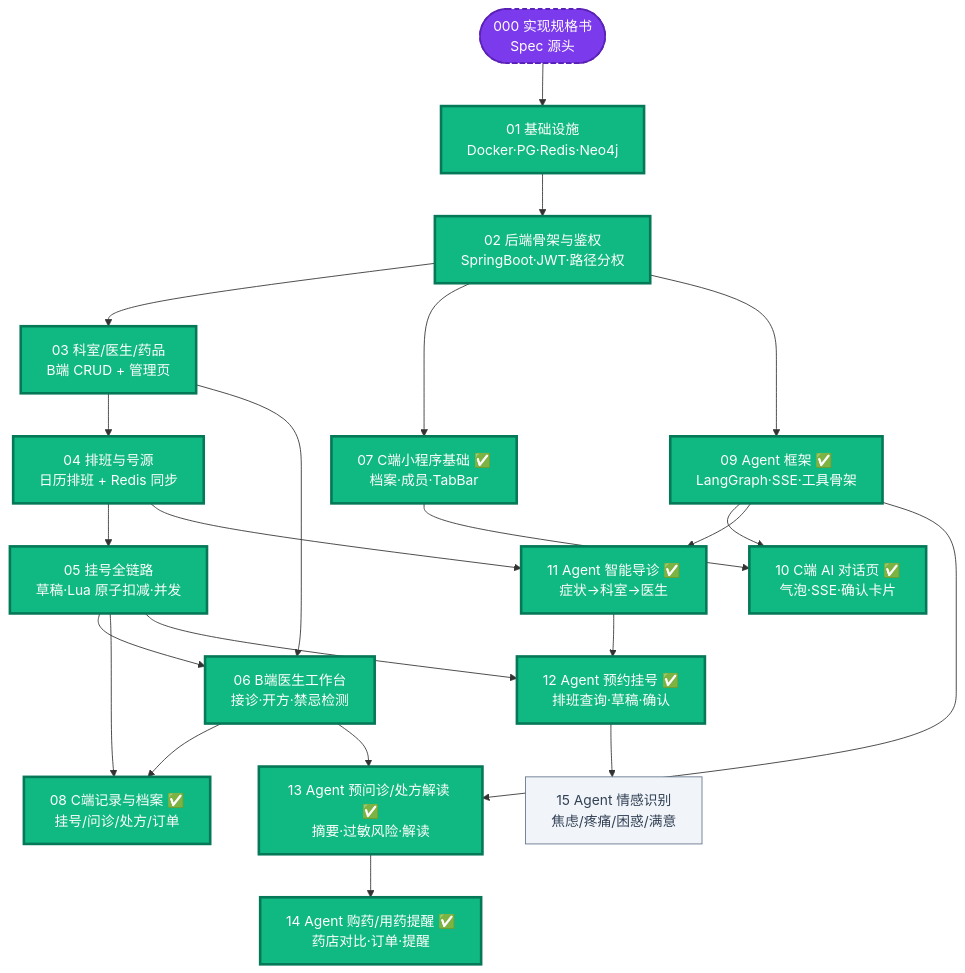
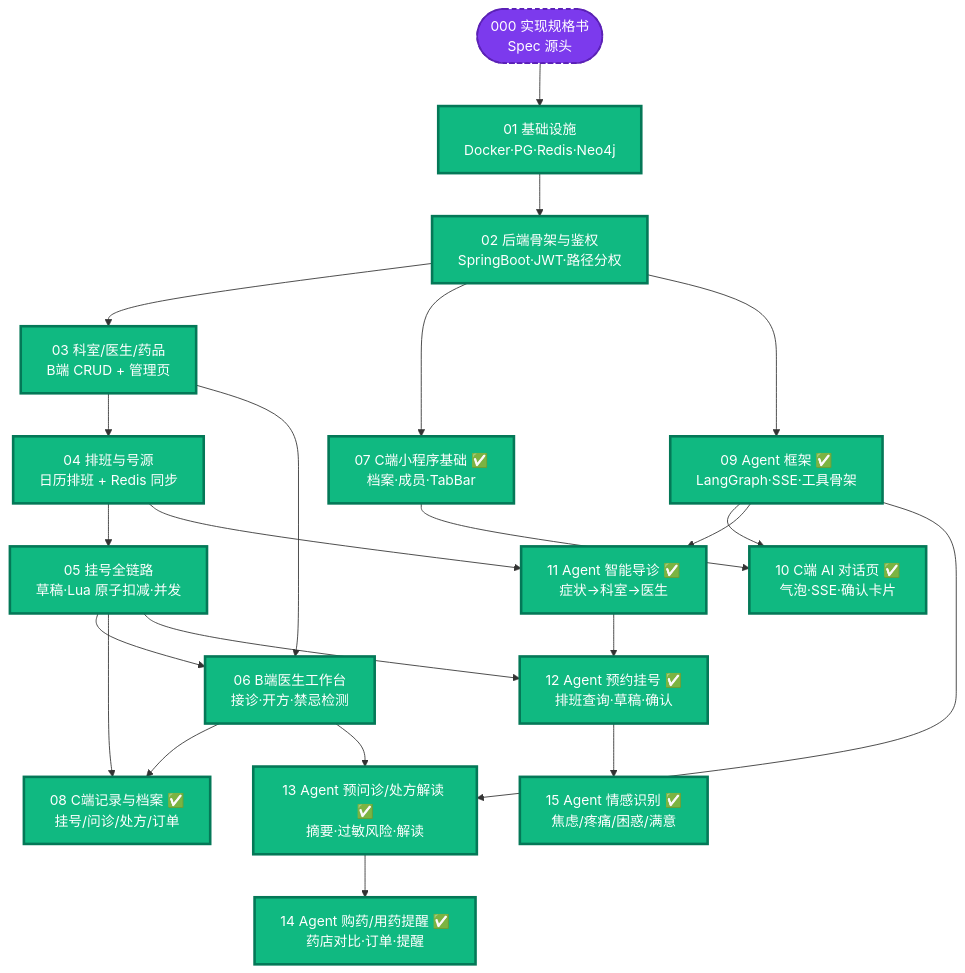
One commit to qingchen108/zhiyv changed the first of 2 diagrams in docs/ticket-dependencies.md. Above: the diagram before and after it, drawn with Mermaid. The commit also changed other lines of this file and 8 other files, not shown here.

````diff
--- a/docs/ticket-dependencies.md
+++ b/docs/ticket-dependencies.md
@@ -17,50 +17,49 @@
 ```mermaid
 graph TD
     S(["000 实现规格书<br/>Spec 源头"])
     T01["01 基础设施<br/>Docker·PG·Redis·Neo4j"]
     T02["02 后端骨架与鉴权<br/>SpringBoot·JWT·路径分权"]
     T03["03 科室/医生/药品<br/>B端 CRUD + 管理页"]
     T04["04 排班与号源<br/>日历排班 + Redis 同步"]
     T05["05 挂号全链路<br/>草稿·Lua 原子扣减·并发"]
     T06["06 B端医生工作台<br/>接诊·开方·禁忌检测"]
     T07["07 C端小程序基础 ✅<br/>档案·成员·TabBar"]
     T08["08 C端记录与档案 ✅<br/>挂号/问诊/处方/订单"]
     T09["09 Agent 框架 ✅<br/>LangGraph·SSE·工具骨架"]
     T10["10 C端 AI 对话页 ✅<br/>气泡·SSE·确认卡片"]
     T11["11 Agent 智能导诊 ✅<br/>症状->科室->医生"]
     T12["12 Agent 预约挂号 ✅<br/>排班查询·草稿·确认"]
     T13["13 Agent 预问诊/处方解读 ✅<br/>摘要·过敏风险·解读"]
     T14["14 Agent 购药/用药提醒 ✅<br/>药店对比·订单·提醒"]
-    T15["15 Agent 情感识别<br/>焦虑/疼痛/困惑/满意"]
+    T15["15 Agent 情感识别 ✅<br/>焦虑/疼痛/困惑/满意"]
 
     S --> T01
     T01 --> T02
     T02 --> T03
     T02 --> T07
     T02 --> T09
     T03 --> T04
     T04 --> T05
     T03 --> T06
     T05 --> T06
     T05 --> T08
     T06 --> T08
     T07 --> T10
     T09 --> T10
     T09 --> T11
     T04 --> T11
     T11 --> T12
     T05 --> T12
     T09 --> T13
     T06 --> T13
     T13 --> T14
     T12 --> T15
 
     classDef spec fill:#7c3aed,stroke:#5b21b6,color:#fff,stroke-width:2px,stroke-dasharray: 5 4
     classDef done fill:#10b981,stroke:#047857,color:#fff,stroke-width:3px
     classDef merge fill:#fef3c7,stroke:#d97706,color:#7c2d12,stroke-width:2px
     classDef todo fill:#f1f5f9,stroke:#64748b,color:#334155
 
     class S spec
-    class T01,T02,T03,T04,T05,T06,T07,T08,T09,T10,T11,T12,T13,T14 done
-    class T15 todo
+    class T01,T02,T03,T04,T05,T06,T07,T08,T09,T10,T11,T12,T13,T14,T15 done
 ```
````
